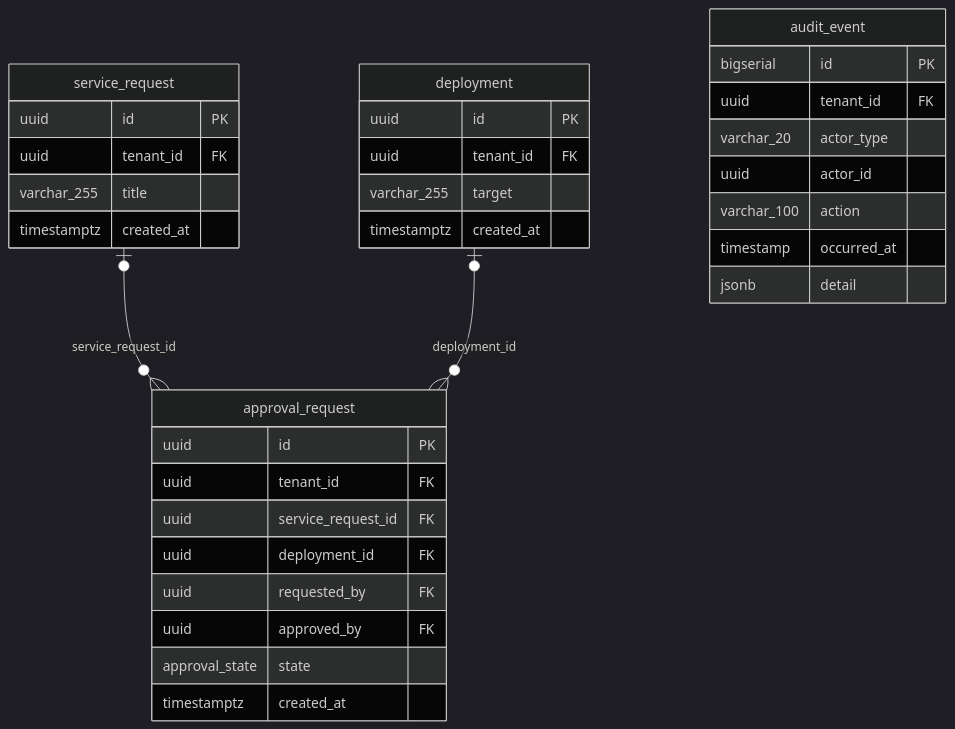
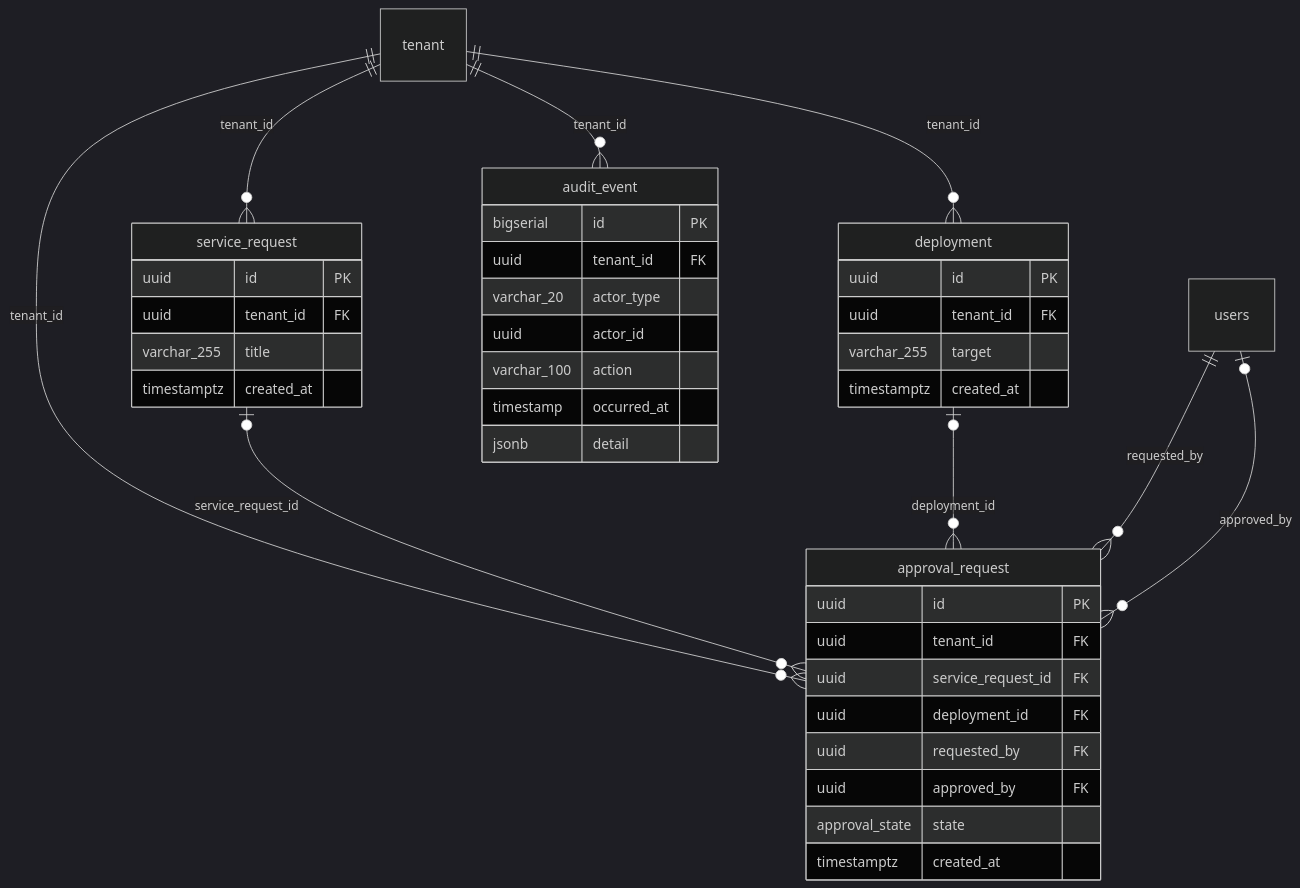
The diagram in skills/db-architecture-review/examples/out/domains/approvals.md (greenstevester/archlens-postgres), drawn with Mermaid (dark theme) before and after one commit. The commit also changed other lines of this file and 28 other files, not shown here.

````diff
--- a/skills/db-architecture-review/examples/out/domains/approvals.md
+++ b/skills/db-architecture-review/examples/out/domains/approvals.md
@@ -7,36 +7,42 @@
 ```mermaid
 erDiagram
   service_request {
     uuid id PK
     uuid tenant_id FK
     varchar_255 title
     timestamptz created_at
   }
   deployment {
     uuid id PK
     uuid tenant_id FK
     varchar_255 target
     timestamptz created_at
   }
   approval_request {
     uuid id PK
     uuid tenant_id FK
     uuid service_request_id FK
     uuid deployment_id FK
     uuid requested_by FK
     uuid approved_by FK
     approval_state state
     timestamptz created_at
   }
   audit_event {
     bigserial id PK
     uuid tenant_id FK
     varchar_20 actor_type
     uuid actor_id
     varchar_100 action
     timestamp occurred_at
     jsonb detail
   }
+  tenant ||--o{ service_request : "tenant_id"
+  tenant ||--o{ deployment : "tenant_id"
+  tenant ||--o{ approval_request : "tenant_id"
   service_request |o--o{ approval_request : "service_request_id"
   deployment |o--o{ approval_request : "deployment_id"
+  users ||--o{ approval_request : "requested_by"
+  users |o--o{ approval_request : "approved_by"
+  tenant ||--o{ audit_event : "tenant_id"
 ```
````
